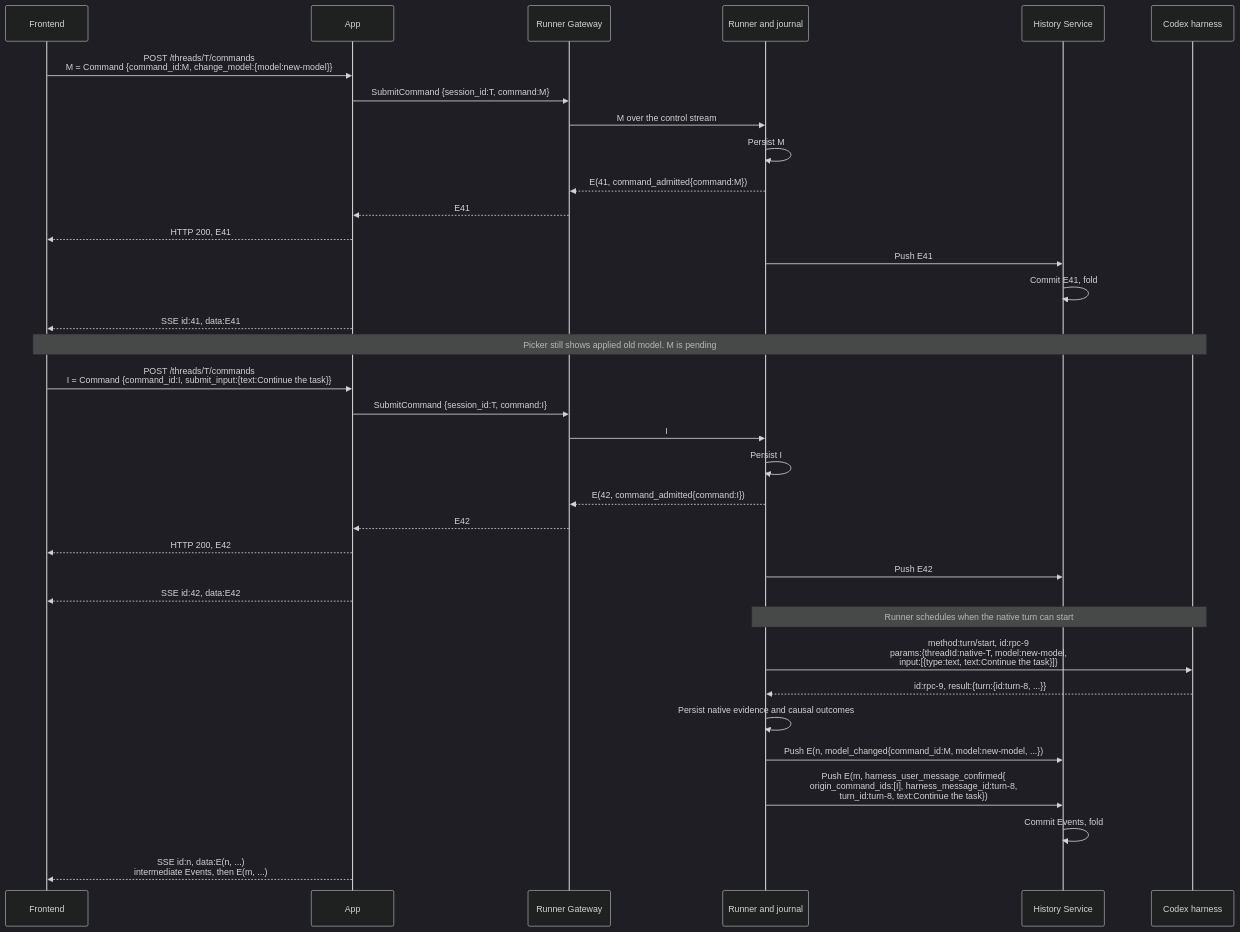
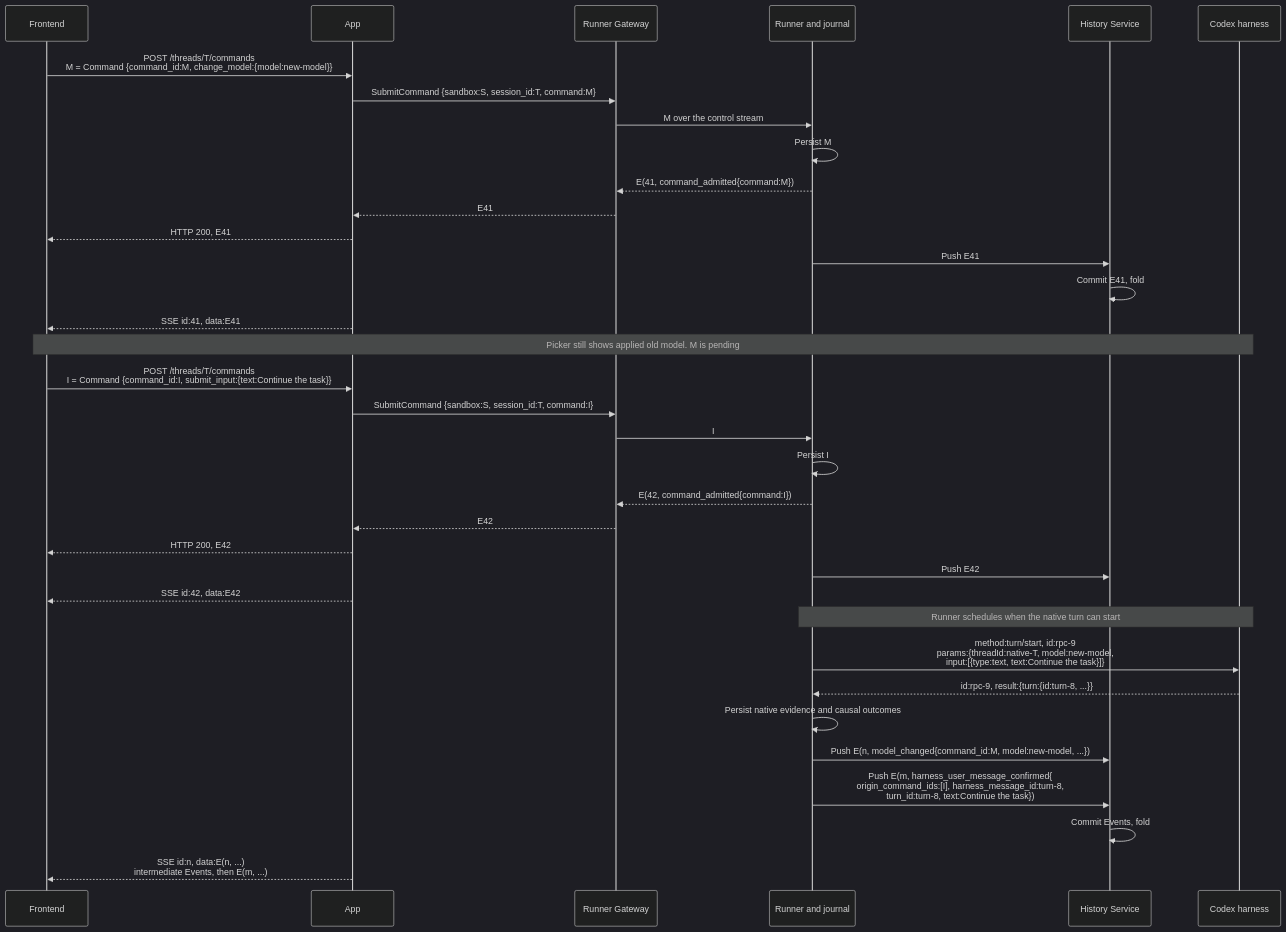
One commit to agentydragon-agent/ducktape changed the second of 6 diagrams in agentplane/docs/thread_layering.md. Above: the diagram before and after it, drawn with Mermaid (dark theme). The commit also changed other lines of this file and 9 other files, not shown here.

````diff
--- a/agentplane/docs/thread_layering.md
+++ b/agentplane/docs/thread_layering.md
@@ -295,37 +295,37 @@
 ```mermaid
 sequenceDiagram
     participant F as Frontend
     participant A as App
     participant G as Runner Gateway
     participant R as Runner and journal
     participant HS as History Service
     participant H as Codex harness
     F->>A: POST /threads/T/commands<br/>M = Command {command_id:M, change_model:{model:new-model}}
-    A->>G: SubmitCommand {session_id:T, command:M}
+    A->>G: SubmitCommand {sandbox:S, session_id:T, command:M}
     G->>R: M over the control stream
     R->>R: Persist M
     R-->>G: E(41, command_admitted{command:M})
     G-->>A: E41
     A-->>F: HTTP 200, E41
     R->>HS: Push E41
     HS->>HS: Commit E41, fold
     A-->>F: SSE id:41, data:E41
     Note over F,H: Picker still shows applied old model. M is pending
     F->>A: POST /threads/T/commands<br/>I = Command {command_id:I, submit_input:{text:Continue the task}}
-    A->>G: SubmitCommand {session_id:T, command:I}
+    A->>G: SubmitCommand {sandbox:S, session_id:T, command:I}
     G->>R: I
     R->>R: Persist I
     R-->>G: E(42, command_admitted{command:I})
     G-->>A: E42
     A-->>F: HTTP 200, E42
     R->>HS: Push E42
     A-->>F: SSE id:42, data:E42
     Note over R,H: Runner schedules when the native turn can start
     R->>H: method:turn/start, id:rpc-9<br/>params:{threadId:native-T, model:new-model,<br/>input:[{type:text, text:Continue the task}]}
     H-->>R: id:rpc-9, result:{turn:{id:turn-8, ...}}
     R->>R: Persist native evidence and causal outcomes
     R->>HS: Push E(n, model_changed{command_id:M, model:new-model, ...})
     R->>HS: Push E(m, harness_user_message_confirmed{<br/>origin_command_ids:[I], harness_message_id:turn-8,<br/>turn_id:turn-8, text:Continue the task})
     HS->>HS: Commit Events, fold
     A-->>F: SSE id:n, data:E(n, ...)<br/>intermediate Events, then E(m, ...)
 ```
````
